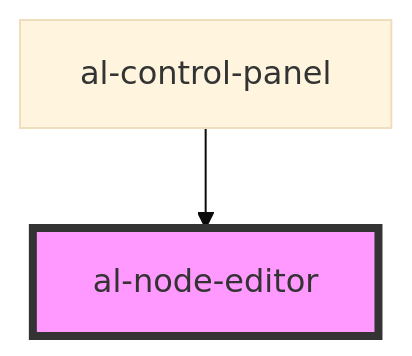
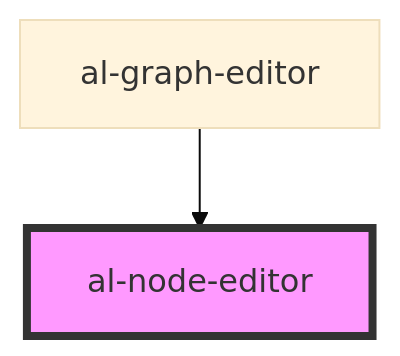
Before and after one commit to aleph-viewer/aleph: the diagram in src/components/al-node-editor/readme.md, drawn with Mermaid (base theme). The commit also changed other lines of this file and 11 other files, not shown here.

Commit message:
added al-graph-editor

````diff
--- a/src/components/al-node-editor/readme.md
+++ b/src/components/al-node-editor/readme.md
@@ -30,5 +30,5 @@
 ```mermaid
 graph TD;
-  al-control-panel --> al-node-editor
+  al-graph-editor --> al-node-editor
   style al-node-editor fill:#f9f,stroke:#333,stroke-width:4px
 ```
````
